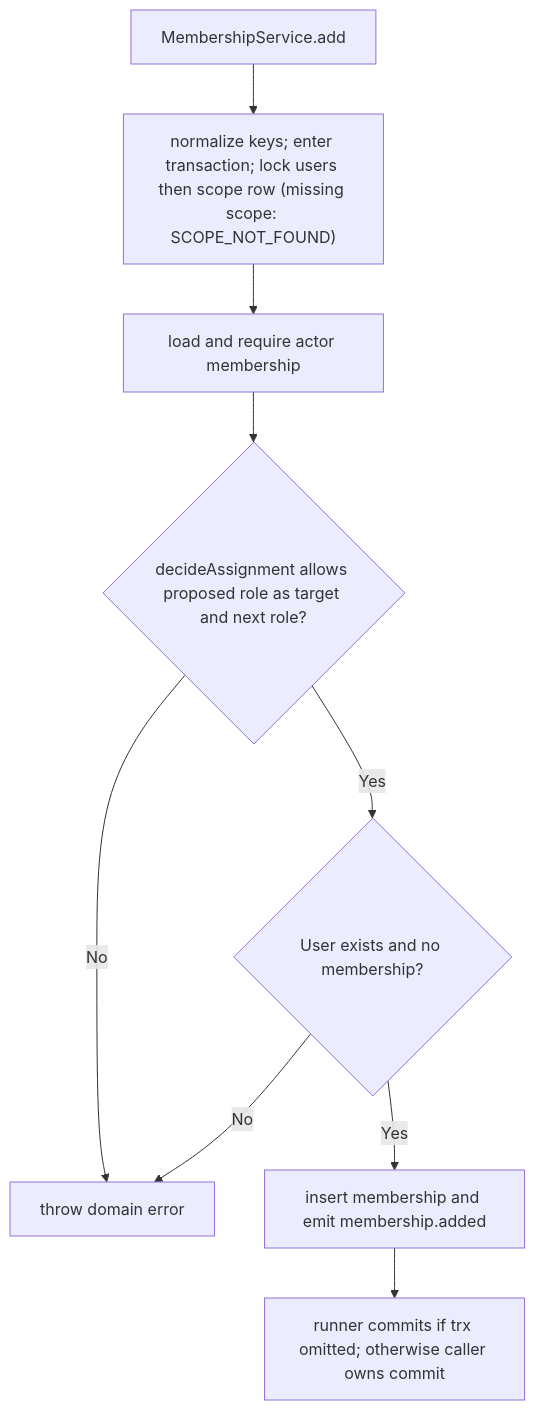
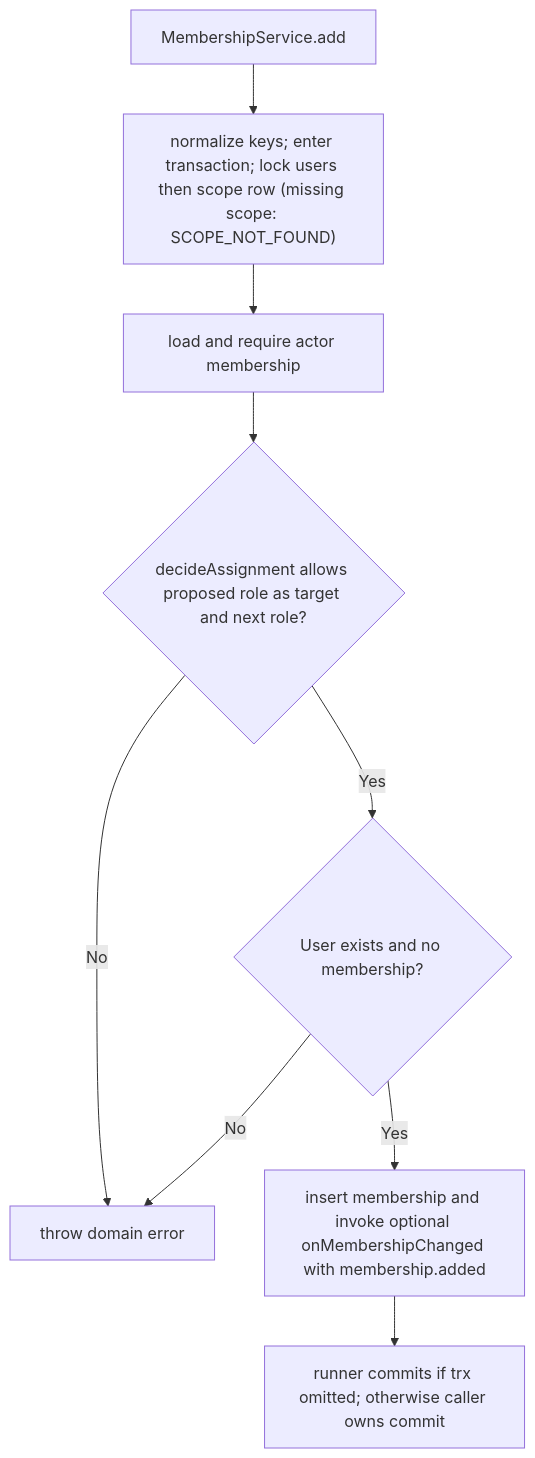
Before and after one commit to Kevinjohn/oss-adonisjs-access-control: the second of 2 diagrams in user-stories/US-ACCESS-03-add-member.md, drawn with Mermaid. The commit also changed other lines of this file and 22 other files, not shown here.

````diff
--- a/user-stories/US-ACCESS-03-add-member.md
+++ b/user-stories/US-ACCESS-03-add-member.md
@@ -33,11 +33,11 @@
 ```mermaid
 flowchart TD
     A["MembershipService.add"] --> B["normalize keys; enter transaction; lock users then scope row (missing scope: SCOPE_NOT_FOUND)"]
     B --> C["load and require actor membership"]
     C --> D{"decideAssignment allows proposed role as target and next role?"}
     D -->|No| F
     D -->|Yes| E{"User exists and no membership?"}
     E -->|No| F["throw domain error"]
-    E -->|Yes| G["insert membership and emit membership.added"]
+    E -->|Yes| G["insert membership and invoke optional onMembershipChanged with membership.added"]
     G --> H["runner commits if trx omitted; otherwise caller owns commit"]
 ```
````
